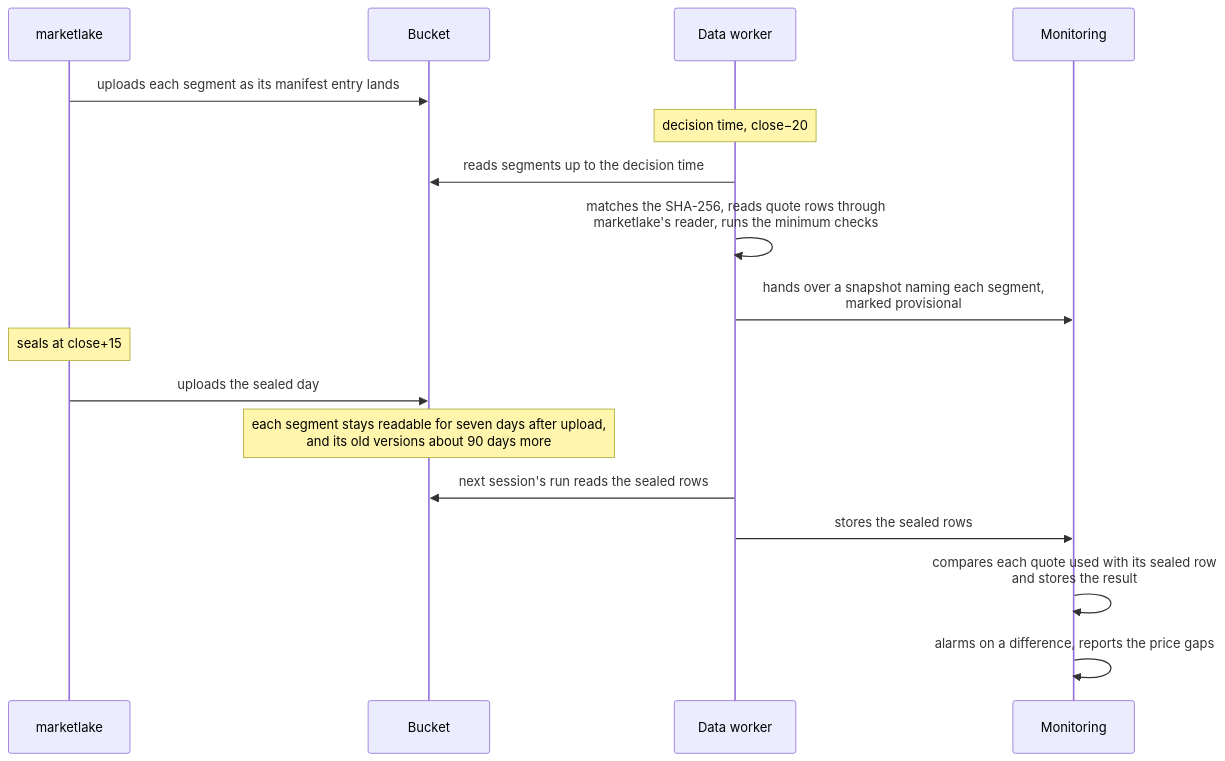
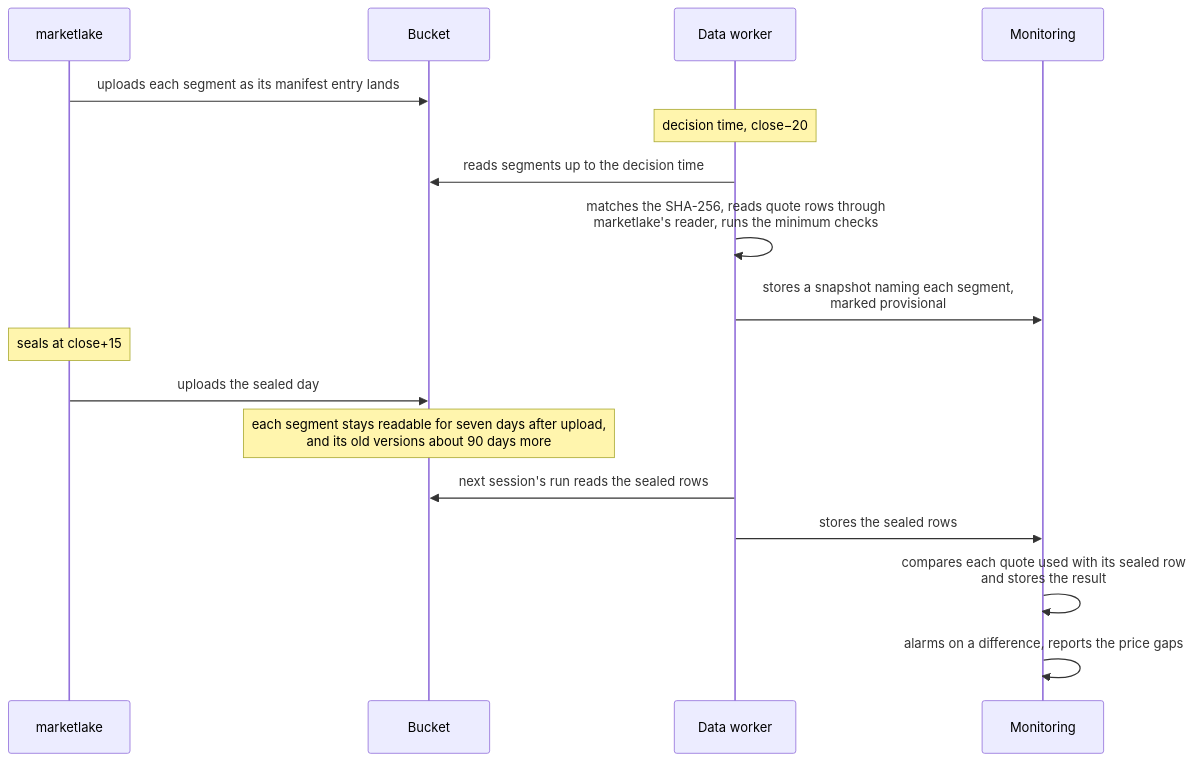
The sixth of 35 diagrams in docs/architecture.md (l3a0/ithildin-runtime), drawn with Mermaid before and after one commit. The commit also changed other lines of this file and 2 other files, not shown here.

First line of the commit message:
docs: answer the review of the diagram words

````diff
--- a/docs/architecture.md
+++ b/docs/architecture.md
@@ -335,19 +335,19 @@
 ```mermaid
 sequenceDiagram
     participant M as marketlake
     participant B as Bucket
     participant D as Data worker
     participant O as Monitoring
     M->>B: uploads each segment as its manifest entry lands
     Note over D: decision time, close−20
     D->>B: reads segments up to the decision time
     D->>D: matches the SHA-256, reads quote rows through<br/>marketlake's reader, runs the minimum checks
-    D->>O: hands over a snapshot naming each segment,<br/>marked provisional
+    D->>O: stores a snapshot naming each segment,<br/>marked provisional
     Note over M: seals at close+15
     M->>B: uploads the sealed day
     Note over B: each segment stays readable for seven days after upload,<br/>and its old versions about 90 days more
     D->>B: next session's run reads the sealed rows
     D->>O: stores the sealed rows
     O->>O: compares each quote used with its sealed row<br/>and stores the result
     O->>O: alarms on a difference, reports the price gaps
 ```
````
